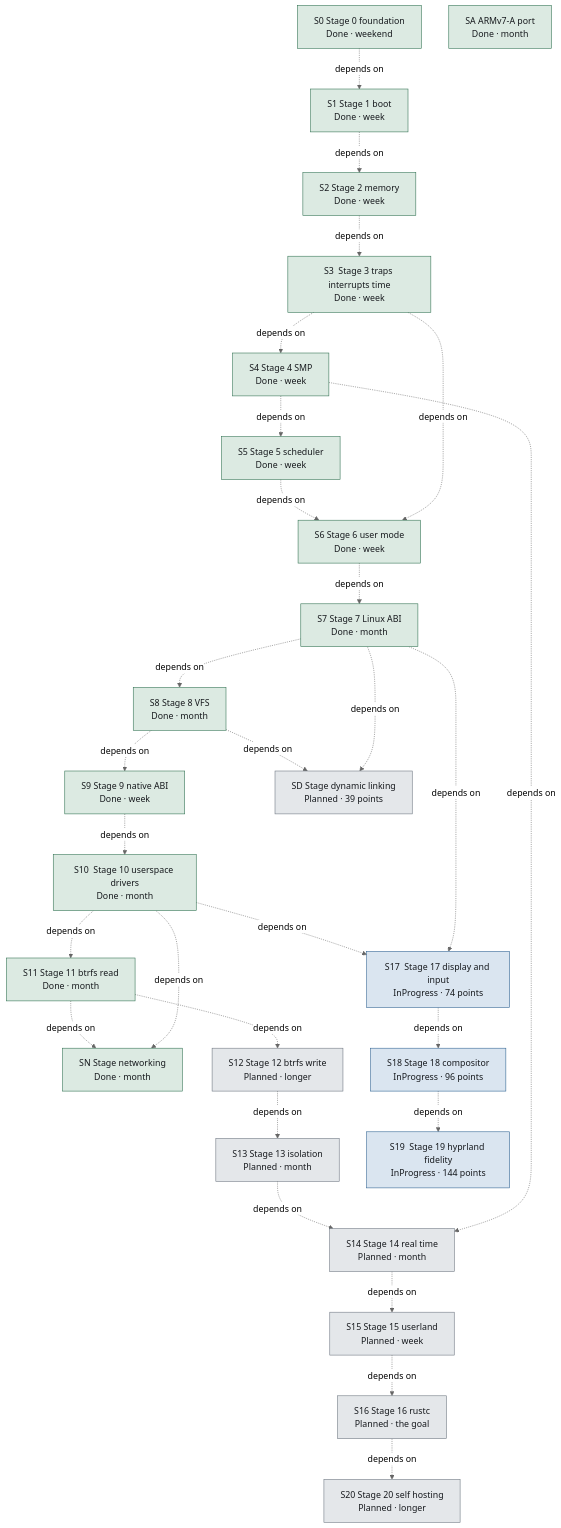
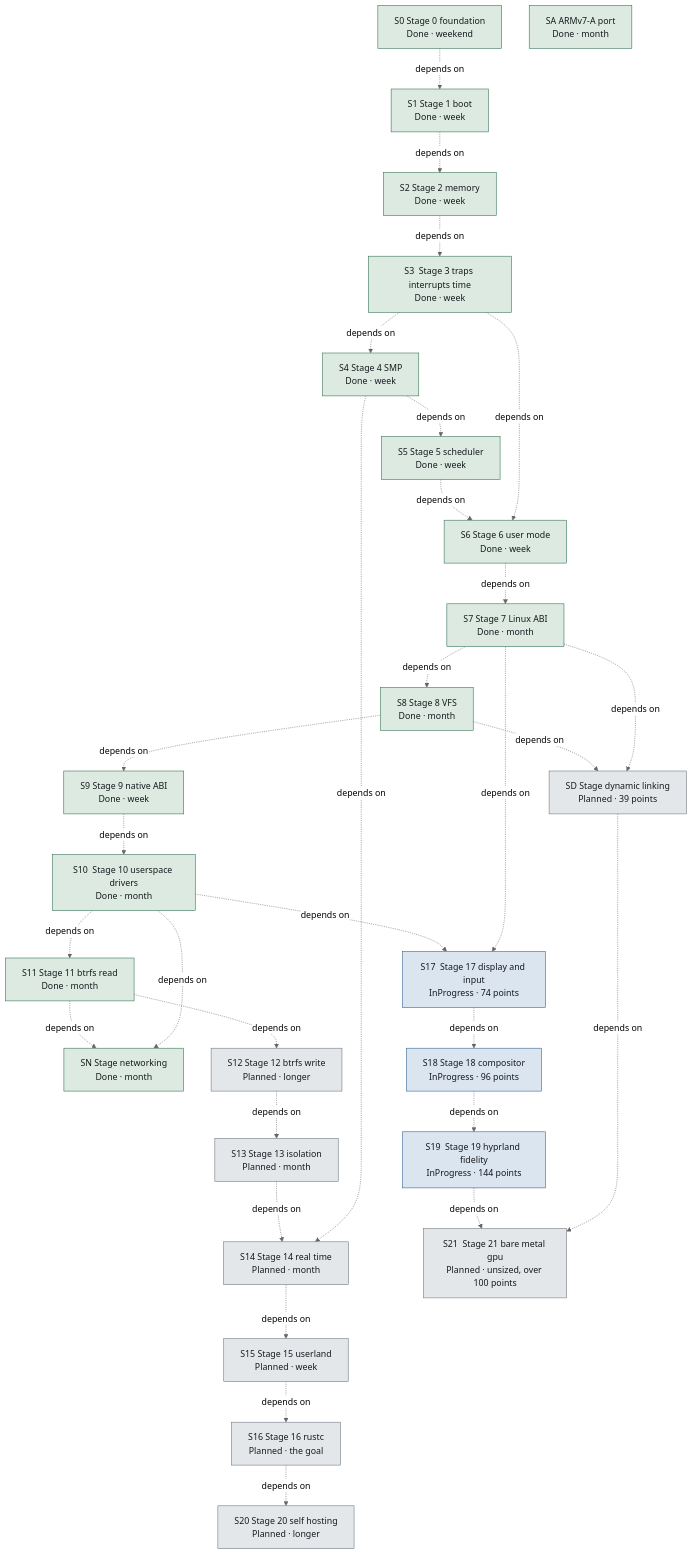
Before and after one commit to SetZero/ferrix: diagram 16 of 19 in docs/generated/ARCHITECTURE.md, drawn with Mermaid (neutral theme). The commit also changed other lines of this file and 9 other files, not shown here.

````diff
--- a/docs/generated/ARCHITECTURE.md
+++ b/docs/generated/ARCHITECTURE.md
@@ -2540,60 +2541,63 @@
 ```mermaid
 flowchart TB
   n0_FerrixRoadmap_stage0Foundation["S0  Stage 0 foundation<br>Done · weekend"]
   n1_FerrixRoadmap_stage1Boot["S1  Stage 1 boot<br>Done · week"]
   n2_FerrixRoadmap_stage2Memory["S2  Stage 2 memory<br>Done · week"]
   n3_FerrixRoadmap_stage3TrapsInterruptsTime["S3  Stage 3 traps interrupts time<br>Done · week"]
   n4_FerrixRoadmap_stage4Smp["S4  Stage 4 SMP<br>Done · week"]
   n5_FerrixRoadmap_armv7aPort["SA  ARMv7-A port<br>Done · month"]
   n6_FerrixRoadmap_stage5Scheduler["S5  Stage 5 scheduler<br>Done · week"]
   n7_FerrixRoadmap_stage6UserMode["S6  Stage 6 user mode<br>Done · week"]
   n8_FerrixRoadmap_stage7LinuxAbi["S7  Stage 7 Linux ABI<br>Done · month"]
   n9_FerrixRoadmap_stage8Vfs["S8  Stage 8 VFS<br>Done · month"]
   n10_FerrixRoadmap_stage9NativeAbi["S9  Stage 9 native ABI<br>Done · week"]
   n11_FerrixRoadmap_stage10UserspaceDrivers["S10  Stage 10 userspace drivers<br>Done · month"]
   n12_FerrixRoadmap_stage11BtrfsRead["S11  Stage 11 btrfs read<br>Done · month"]
   n13_FerrixRoadmap_stageNetworking["SN  Stage networking<br>Done · month"]
   n14_FerrixRoadmap_stageDynamicLinking["SD  Stage dynamic linking<br>Planned · 39 points"]
   n15_FerrixRoadmap_stage12BtrfsWrite["S12  Stage 12 btrfs write<br>Planned · longer"]
   n16_FerrixRoadmap_stage13Isolation["S13  Stage 13 isolation<br>Planned · month"]
   n17_FerrixRoadmap_stage14RealTime["S14  Stage 14 real time<br>Planned · month"]
   n18_FerrixRoadmap_stage15Userland["S15  Stage 15 userland<br>Planned · week"]
   n19_FerrixRoadmap_stage16Rustc["S16  Stage 16 rustc<br>Planned · the goal"]
   n20_FerrixRoadmap_stage17DisplayAndInput["S17  Stage 17 display and input<br>InProgress · 74 points"]
   n21_FerrixRoadmap_stage18Compositor["S18  Stage 18 compositor<br>InProgress · 96 points"]
   n22_FerrixRoadmap_stage19HyprlandFidelity["S19  Stage 19 hyprland fidelity<br>InProgress · 144 points"]
-  n23_FerrixRoadmap_stage20SelfHosting["S20  Stage 20 self hosting<br>Planned · longer"]
+  n23_FerrixRoadmap_stage21BareMetalGpu["S21  Stage 21 bare metal gpu<br>Planned · unsized, over 100 points"]
+  n24_FerrixRoadmap_stage20SelfHosting["S20  Stage 20 self hosting<br>Planned · longer"]
   n0_FerrixRoadmap_stage0Foundation -. "depends on" .-> n1_FerrixRoadmap_stage1Boot
   n1_FerrixRoadmap_stage1Boot -. "depends on" .-> n2_FerrixRoadmap_stage2Memory
   n2_FerrixRoadmap_stage2Memory -. "depends on" .-> n3_FerrixRoadmap_stage3TrapsInterruptsTime
   n3_FerrixRoadmap_stage3TrapsInterruptsTime -. "depends on" .-> n4_FerrixRoadmap_stage4Smp
   n4_FerrixRoadmap_stage4Smp -. "depends on" .-> n6_FerrixRoadmap_stage5Scheduler
   n6_FerrixRoadmap_stage5Scheduler -. "depends on" .-> n7_FerrixRoadmap_stage6UserMode
   n3_FerrixRoadmap_stage3TrapsInterruptsTime -. "depends on" .-> n7_FerrixRoadmap_stage6UserMode
   n7_FerrixRoadmap_stage6UserMode -. "depends on" .-> n8_FerrixRoadmap_stage7LinuxAbi
   n8_FerrixRoadmap_stage7LinuxAbi -. "depends on" .-> n9_FerrixRoadmap_stage8Vfs
   n9_FerrixRoadmap_stage8Vfs -. "depends on" .-> n10_FerrixRoadmap_stage9NativeAbi
   n10_FerrixRoadmap_stage9NativeAbi -. "depends on" .-> n11_FerrixRoadmap_stage10UserspaceDrivers
   n11_FerrixRoadmap_stage10UserspaceDrivers -. "depends on" .-> n12_FerrixRoadmap_stage11BtrfsRead
   n12_FerrixRoadmap_stage11BtrfsRead -. "depends on" .-> n13_FerrixRoadmap_stageNetworking
   n11_FerrixRoadmap_stage10UserspaceDrivers -. "depends on" .-> n13_FerrixRoadmap_stageNetworking
   n9_FerrixRoadmap_stage8Vfs -. "depends on" .-> n14_FerrixRoadmap_stageDynamicLinking
   n8_FerrixRoadmap_stage7LinuxAbi -. "depends on" .-> n14_FerrixRoadmap_stageDynamicLinking
   n12_FerrixRoadmap_stage11BtrfsRead -. "depends on" .-> n15_FerrixRoadmap_stage12BtrfsWrite
   n15_FerrixRoadmap_stage12BtrfsWrite -. "depends on" .-> n16_FerrixRoadmap_stage13Isolation
   n16_FerrixRoadmap_stage13Isolation -. "depends on" .-> n17_FerrixRoadmap_stage14RealTime
   n4_FerrixRoadmap_stage4Smp -. "depends on" .-> n17_FerrixRoadmap_stage14RealTime
   n17_FerrixRoadmap_stage14RealTime -. "depends on" .-> n18_FerrixRoadmap_stage15Userland
   n18_FerrixRoadmap_stage15Userland -. "depends on" .-> n19_FerrixRoadmap_stage16Rustc
   n11_FerrixRoadmap_stage10UserspaceDrivers -. "depends on" .-> n20_FerrixRoadmap_stage17DisplayAndInput
   n8_FerrixRoadmap_stage7LinuxAbi -. "depends on" .-> n20_FerrixRoadmap_stage17DisplayAndInput
   n20_FerrixRoadmap_stage17DisplayAndInput -. "depends on" .-> n21_FerrixRoadmap_stage18Compositor
   n21_FerrixRoadmap_stage18Compositor -. "depends on" .-> n22_FerrixRoadmap_stage19HyprlandFidelity
-  n19_FerrixRoadmap_stage16Rustc -. "depends on" .-> n23_FerrixRoadmap_stage20SelfHosting
+  n19_FerrixRoadmap_stage16Rustc -. "depends on" .-> n24_FerrixRoadmap_stage20SelfHosting
+  n22_FerrixRoadmap_stage19HyprlandFidelity -. "depends on" .-> n23_FerrixRoadmap_stage21BareMetalGpu
+  n14_FerrixRoadmap_stageDynamicLinking -. "depends on" .-> n23_FerrixRoadmap_stage21BareMetalGpu
   classDef implemented fill:#dceae2,stroke:#2c6e4e,color:#16191d
   classDef planned fill:#e4e7ea,stroke:#6a737e,color:#16191d
   classDef inProgress fill:#dae5f0,stroke:#2a5f8f,color:#16191d
   class n0_FerrixRoadmap_stage0Foundation,n1_FerrixRoadmap_stage1Boot,n2_FerrixRoadmap_stage2Memory,n3_FerrixRoadmap_stage3TrapsInterruptsTime,n4_FerrixRoadmap_stage4Smp,n5_FerrixRoadmap_armv7aPort,n6_FerrixRoadmap_stage5Scheduler,n7_FerrixRoadmap_stage6UserMode,n8_FerrixRoadmap_stage7LinuxAbi,n9_FerrixRoadmap_stage8Vfs,n10_FerrixRoadmap_stage9NativeAbi,n11_FerrixRoadmap_stage10UserspaceDrivers,n12_FerrixRoadmap_stage11BtrfsRead,n13_FerrixRoadmap_stageNetworking implemented
-  class n14_FerrixRoadmap_stageDynamicLinking,n15_FerrixRoadmap_stage12BtrfsWrite,n16_FerrixRoadmap_stage13Isolation,n17_FerrixRoadmap_stage14RealTime,n18_FerrixRoadmap_stage15Userland,n19_FerrixRoadmap_stage16Rustc,n23_FerrixRoadmap_stage20SelfHosting planned
+  class n14_FerrixRoadmap_stageDynamicLinking,n15_FerrixRoadmap_stage12BtrfsWrite,n16_FerrixRoadmap_stage13Isolation,n17_FerrixRoadmap_stage14RealTime,n18_FerrixRoadmap_stage15Userland,n19_FerrixRoadmap_stage16Rustc,n23_FerrixRoadmap_stage21BareMetalGpu,n24_FerrixRoadmap_stage20SelfHosting planned
   class n20_FerrixRoadmap_stage17DisplayAndInput,n21_FerrixRoadmap_stage18Compositor,n22_FerrixRoadmap_stage19HyprlandFidelity inProgress
 ```
````
